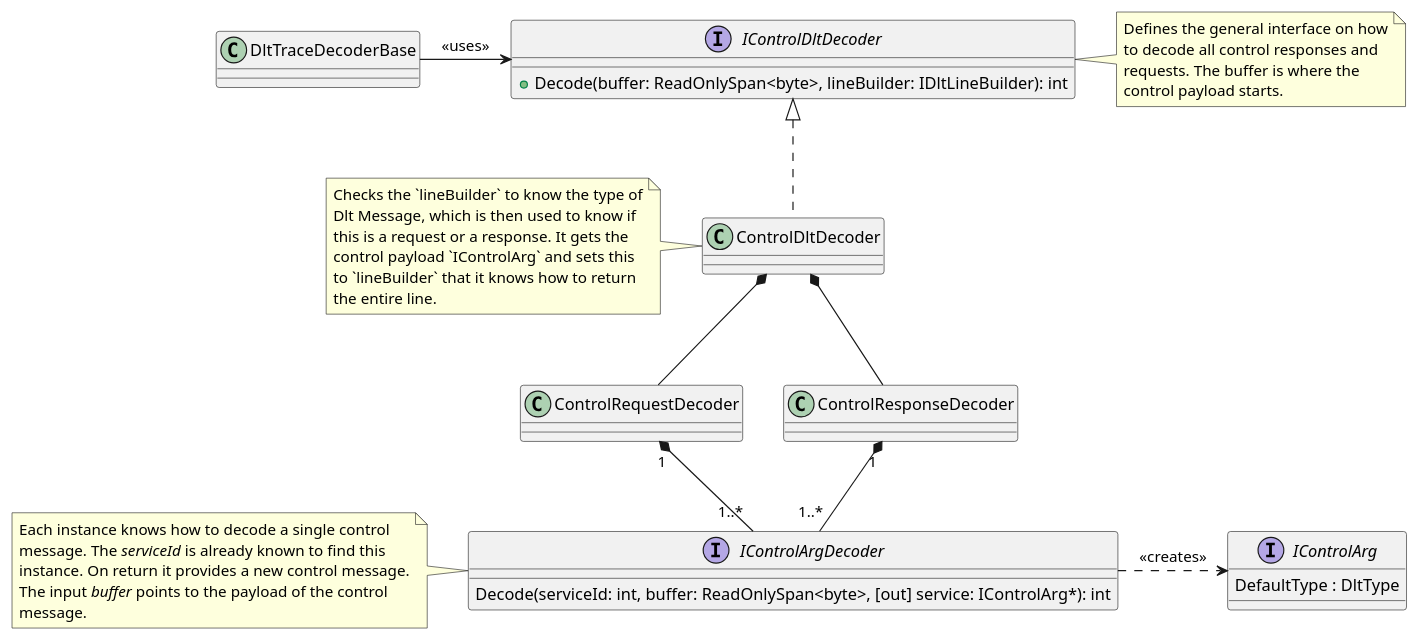
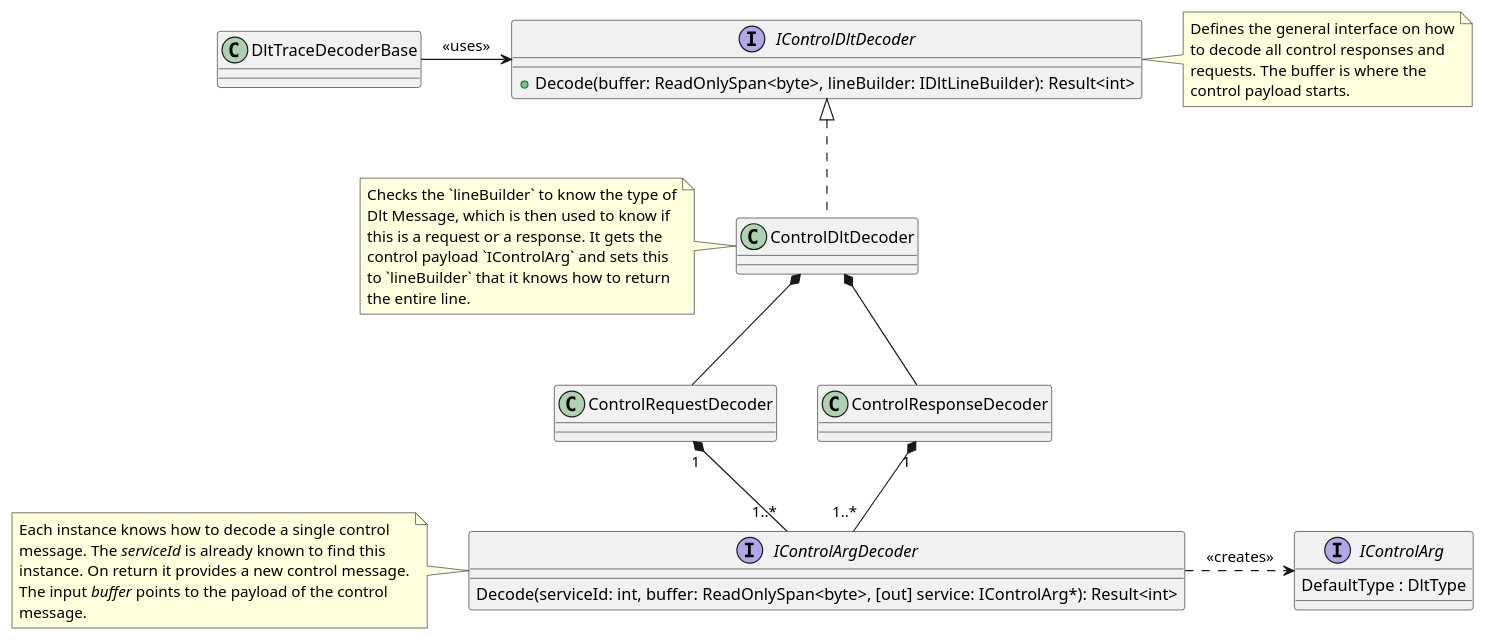
The diagram in TraceReader.Dlt/docs/diagrams/DLT.ControlArgDecoder.plantuml (jcurl/RJCP.DLL.Log), drawn with PlantUML before and after one commit. The commit also changed 10 other files, not shown here.

First line of the commit message:
DLT: Update UML for decoding with `Result<int>`

```diff
--- a/TraceReader.Dlt/docs/diagrams/DLT.ControlArgDecoder.plantuml
+++ b/TraceReader.Dlt/docs/diagrams/DLT.ControlArgDecoder.plantuml
@@ -1,51 +1,51 @@
 @startuml DLT.ControlArgDecoder
 interface IControlDltDecoder {
-    +Decode(buffer: ReadOnlySpan<byte>, lineBuilder: IDltLineBuilder): int
+    +Decode(buffer: ReadOnlySpan<byte>, lineBuilder: IDltLineBuilder): Result<int>
 }
 note right
     Defines the general interface on how
     to decode all control responses and
     requests. The buffer is where the
     control payload starts.
 end note
 
 class DltTraceDecoderBase
 class ControlDltDecoder
 note left
     Checks the `lineBuilder` to know the type of
     Dlt Message, which is then used to know if
     this is a request or a response. It gets the
     control payload `IControlArg` and sets this
     to `lineBuilder` that it knows how to return
     the entire line.
 end note
 
 DltTraceDecoderBase -r-> IControlDltDecoder : <<uses>>
 ControlDltDecoder .u.|> IControlDltDecoder
 
 interface IControlArg {
     DefaultType : DltType
 }
 
 interface IControlArgDecoder {
-    Decode(serviceId: int, buffer: ReadOnlySpan<byte>, [out] service: IControlArg*): int
+    Decode(serviceId: int, buffer: ReadOnlySpan<byte>, [out] service: IControlArg*): Result<int>
 }
 note left
     Each instance knows how to decode a single control
     message. The <i>serviceId</i> is already known to find this
     instance. On return it provides a new control message.
     The input <i>buffer</i> points to the payload of the control
     message.
 end note
 
 class ControlRequestDecoder
 class ControlResponseDecoder
 
 ControlRequestDecoder "1" *-d- "1..*" IControlArgDecoder
 ControlResponseDecoder "1" *-d- "1..*" IControlArgDecoder
 
 ControlDltDecoder *-d- ControlRequestDecoder
 ControlDltDecoder *-d- ControlResponseDecoder
 
 IControlArgDecoder .r.> IControlArg : <<creates>>
 @enduml
```
